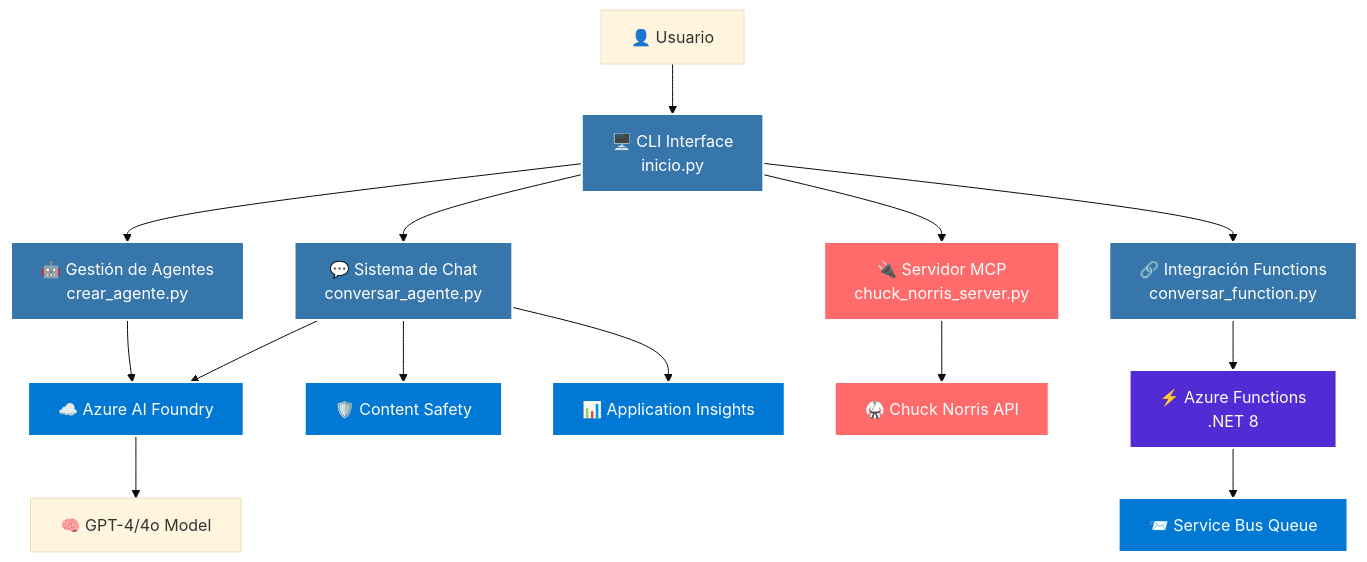
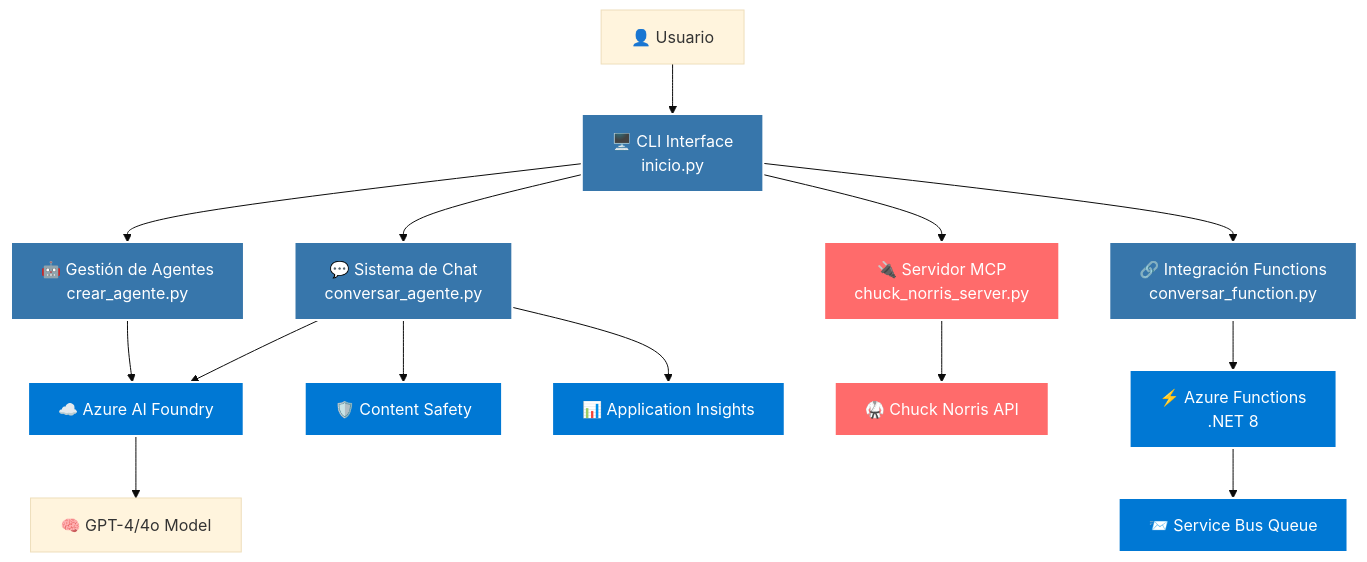
One commit to develozombie/agente-aifoundry changed the first of 17 diagrams in README.md. Above: the diagram before and after it, drawn with Mermaid (base theme). The commit also changed other lines of this file, not shown here.

````diff
--- a/README.md
+++ b/README.md
@@ -24,32 +24,31 @@
 ```mermaid
-graph TB
+flowchart TB
     User[👤 Usuario] --> CLI[🖥️ CLI Interface<br/>inicio.py]
     
     CLI --> AgentMgr[🤖 Gestión de Agentes<br/>crear_agente.py]
     CLI --> ChatSys[💬 Sistema de Chat<br/>conversar_agente.py]
     CLI --> MCPSrv[🔌 Servidor MCP<br/>chuck_norris_server.py]
     CLI --> FuncInt[🔗 Integración Functions<br/>conversar_function.py]
     
     AgentMgr --> AzAI[☁️ Azure AI Foundry]
     ChatSys --> AzAI
     ChatSys --> ContentSafety[🛡️ Content Safety]
     
     FuncInt --> AzFunc[⚡ Azure Functions<br/>.NET 8]
     AzFunc --> ServiceBus[📨 Service Bus Queue]
     
     MCPSrv --> ChuckAPI[🥋 Chuck Norris API]
     
     AzAI --> GPT4[🧠 GPT-4/4o Model]
     
     ChatSys --> AppInsights[📊 Application Insights]
     
     classDef azure fill:#0078d4,stroke:#fff,stroke-width:2px,color:#fff
     classDef python fill:#3776ab,stroke:#fff,stroke-width:2px,color:#fff
     classDef optional fill:#ff6b6b,stroke:#fff,stroke-width:2px,color:#fff
     classDef dotnet fill:#512bd4,stroke:#fff,stroke-width:2px,color:#fff
     
     class AzAI,ContentSafety,AzFunc,ServiceBus,AppInsights azure
     class CLI,AgentMgr,ChatSys,FuncInt python
     class MCPSrv,ChuckAPI optional
-    class AzFunc dotnet
 ```
````
